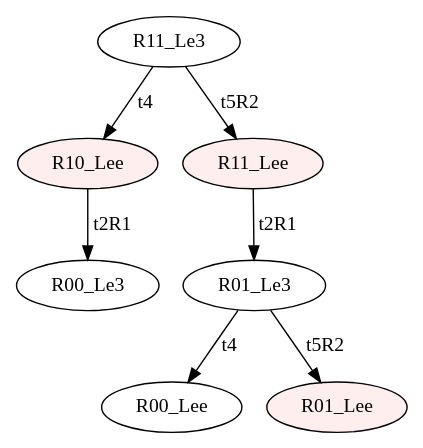
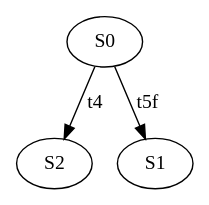
The diagram in debug/2_SC.dot (Stefano-BS/Explanatory-Diagnosis), drawn with Graphviz before and after one commit. The commit also changed 40 other files, not shown here.

```diff
--- a/debug/2_SC.dot
+++ b/debug/2_SC.dot
@@ -1,15 +1,7 @@
 digraph "SCdebug/2" {
-node [fillcolor="#FFFFFF"]; R11_Le3 ;
-node [fillcolor="#FFFFFF"]; R00_Lee ;
-node [style=filled fillcolor="#FFEEEE"]; R10_Lee ;
-node [fillcolor="#FFFFFF"]; R00_Le3 ;
-node [style=filled fillcolor="#FFEEEE"]; R11_Lee ;
-node [fillcolor="#FFFFFF"]; R01_Le3 ;
-node [style=filled fillcolor="#FFEEEE"]; R01_Lee ;
-R11_Le3 -> R10_Lee [label=t4]
-R11_Le3 -> R11_Lee [label=t5R2]
-R10_Lee -> R00_Le3 [label=t2R1]
-R11_Lee -> R01_Le3 [label=t2R1]
-R01_Le3 -> R00_Lee [label=t4]
-R01_Le3 -> R01_Lee [label=t5R2]
+node [fillcolor="#FFFFFF"]; S2 ;
+node [fillcolor="#FFFFFF"]; S0 ;
+node [fillcolor="#FFFFFF"]; S1 ;
+S0 -> S2 [label=t4]
+S0 -> S1 [label=t5f]
 }
```
